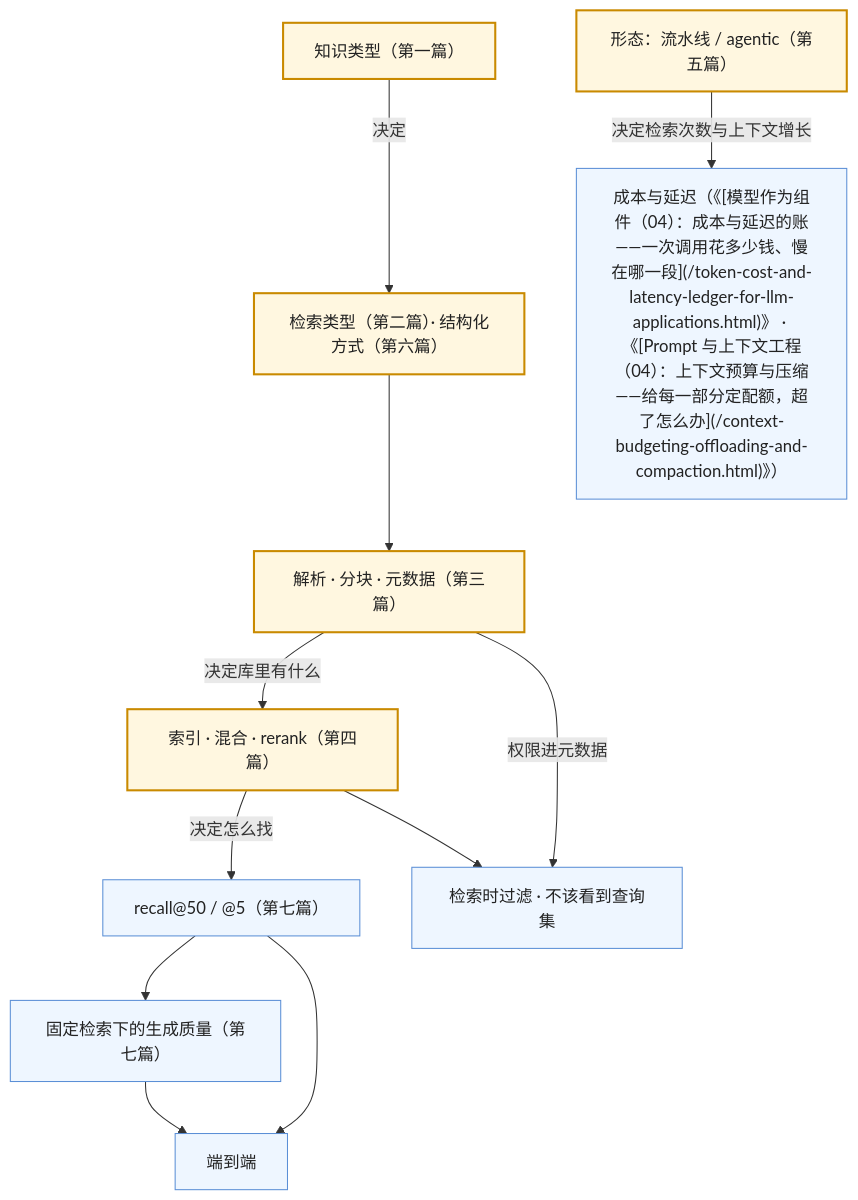
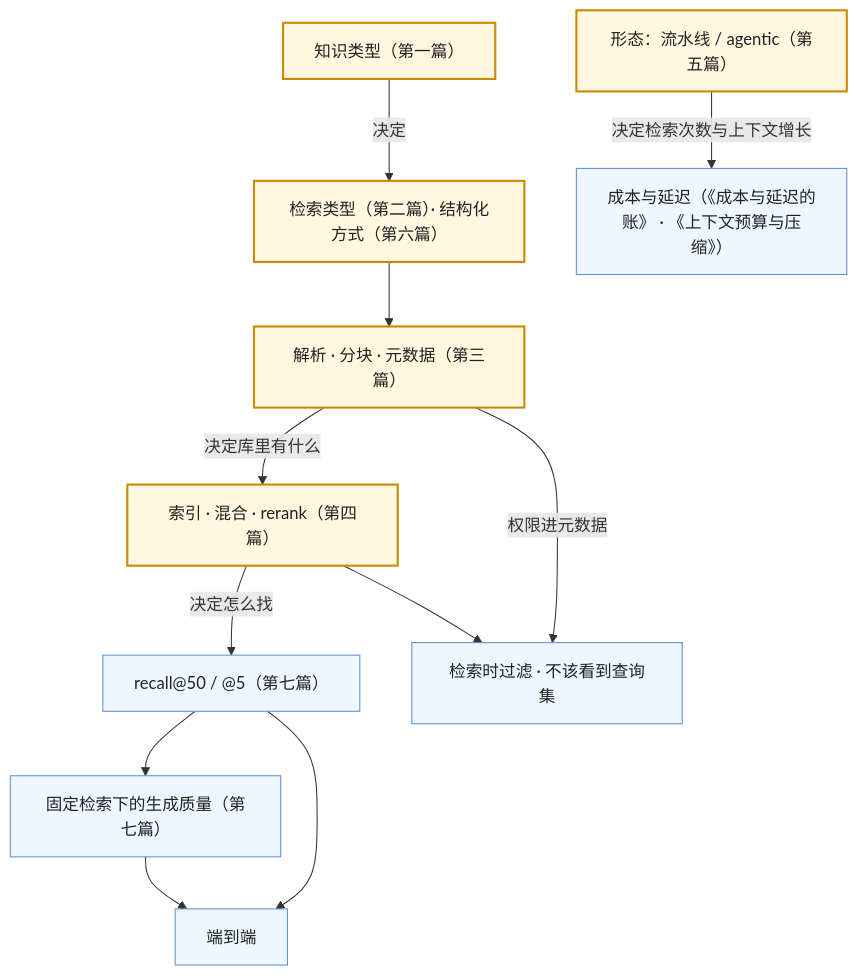
The third of 4 diagrams in _posts/2026-10-19-retrieval-and-knowledge-series-recap-and-self-test.md (arganzheng/arganzheng.github.com), drawn with Mermaid before and after one commit. The commit also changed 55 other files, not shown here.

First line of the commit message:
坐标 261 处改成文章标题，修 Mermaid 标签里显示源码的 bug

````diff
--- a/_posts/2026-10-19-retrieval-and-knowledge-series-recap-and-self-test.md
+++ b/_posts/2026-10-19-retrieval-and-knowledge-series-recap-and-self-test.md
@@ -164,19 +164,19 @@
 ```mermaid
 %% 图：检索质量失败在上游：知识类型决定检索类型，解析分块决定库里有什么，索引决定怎么找，recall@50 低先看解析分块
 flowchart TB
     T["知识类型（第一篇）"] -->|"决定"| K["检索类型（第二篇）· 结构化方式（第六篇）"]
     K --> P["解析 · 分块 · 元数据（第三篇）"]
     P -->|"决定库里有什么"| IDX["索引 · 混合 · rerank（第四篇）"]
     IDX -->|"决定怎么找"| R50["recall@50 / @5（第七篇）"]
     P -->|"权限进元数据"| PERM["检索时过滤 · 不该看到查询集"]
     IDX --> PERM
-    F["形态：流水线 / agentic（第五篇）"] -->|"决定检索次数与上下文增长"| COST["成本与延迟（《[模型作为组件（04）：成本与延迟的账——一次调用花多少钱、慢在哪一段](/token-cost-and-latency-ledger-for-llm-applications.html)》 · 《[Prompt 与上下文工程（04）：上下文预算与压缩——给每一部分定配额，超了怎么办](/context-budgeting-offloading-and-compaction.html)》）"]
+    F["形态：流水线 / agentic（第五篇）"] -->|"决定检索次数与上下文增长"| COST["成本与延迟（《成本与延迟的账》 · 《上下文预算与压缩》）"]
     R50 --> GEN["固定检索下的生成质量（第七篇）"]
     GEN --> E2E["端到端"]
     R50 --> E2E
 
     classDef q fill:#fff7e0,stroke:#c98a00,stroke-width:2px,color:#222
     classDef r fill:#eef6ff,stroke:#5b8fd6,color:#222
     class T,K,P,IDX,F q
     class R50,PERM,COST,GEN,E2E r
 ```
````
